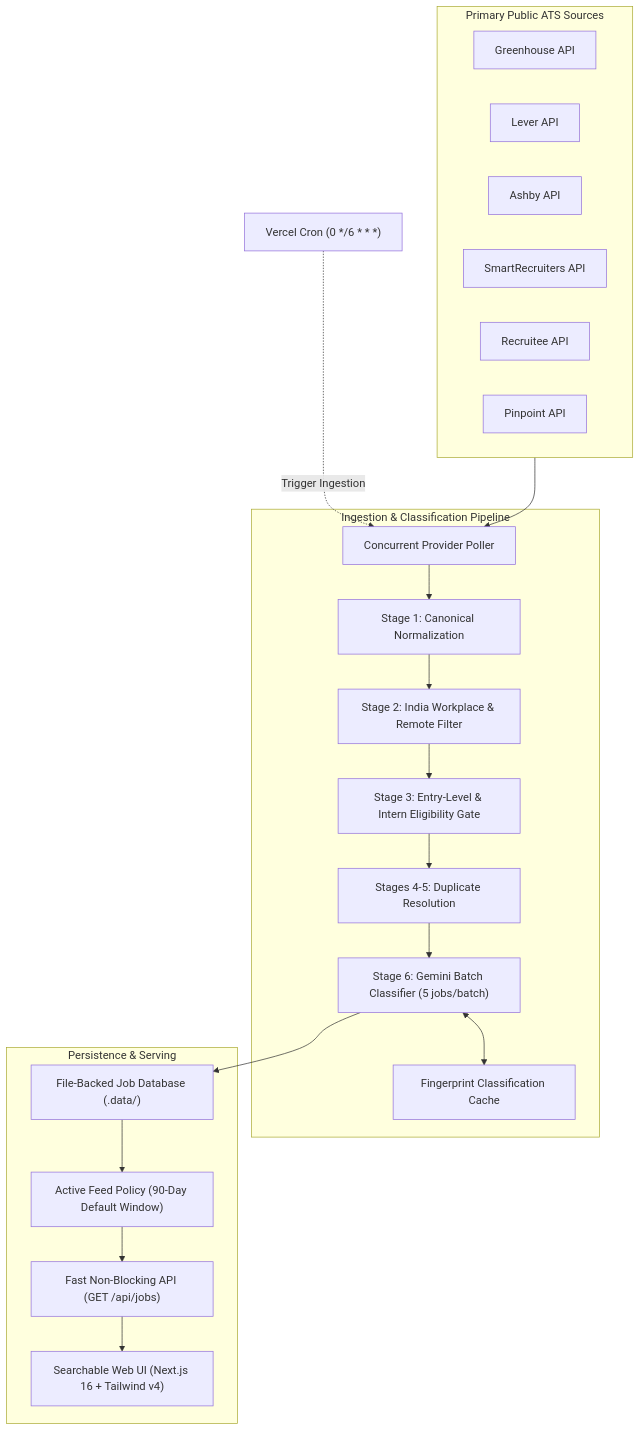
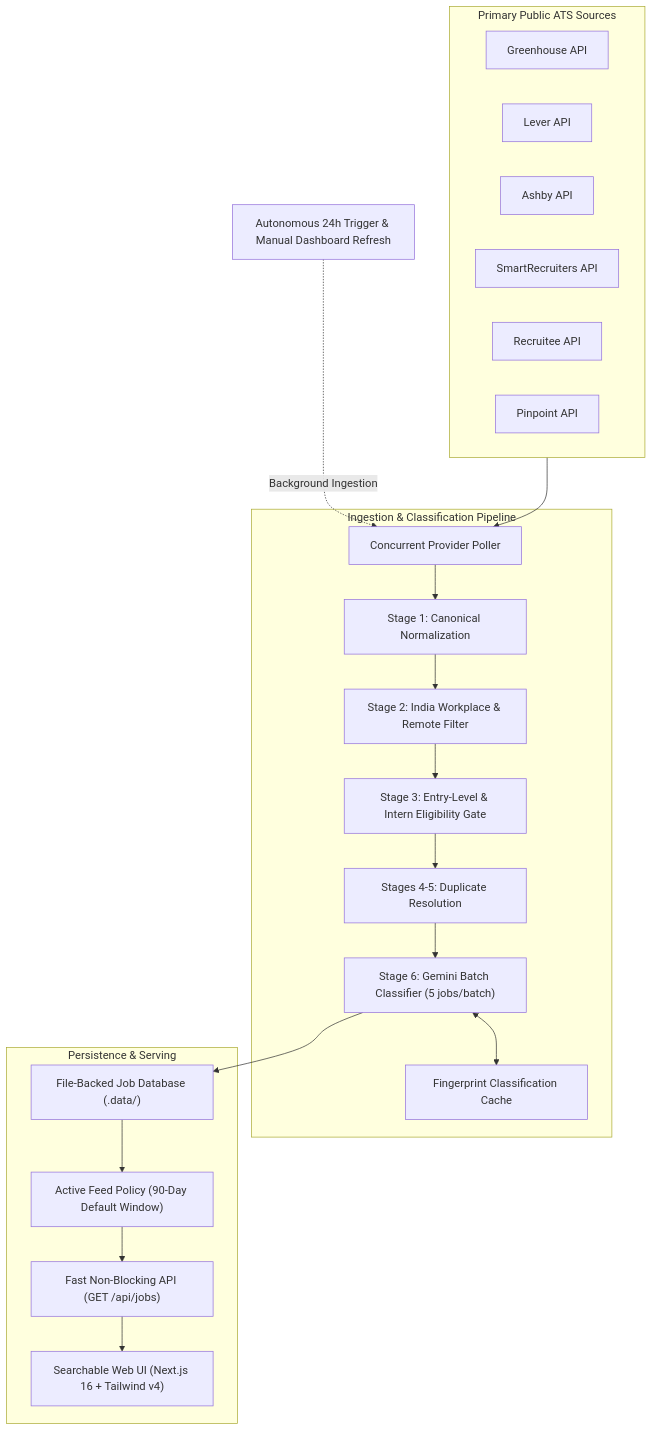
Before and after one commit to GouthamCharan06/GradHunt: the diagram in README.md, drawn with Mermaid. The commit also changed other lines of this file and 6 other files, not shown here.

Commit message:
feat: implement autonomous 24h self-refresh on jobs api and remove vercel cron

````diff
--- a/README.md
+++ b/README.md
@@ -9,42 +9,42 @@
 ```mermaid
 flowchart TD
     subgraph ATS["Primary Public ATS Sources"]
         G["Greenhouse API"]
         L["Lever API"]
         A["Ashby API"]
         S["SmartRecruiters API"]
         R["Recruitee API"]
         P["Pinpoint API"]
     end
 
     subgraph Pipeline["Ingestion & Classification Pipeline"]
         Fetch["Concurrent Provider Poller"]
         Norm["Stage 1: Canonical Normalization"]
         India["Stage 2: India Workplace & Remote Filter"]
         Gate["Stage 3: Entry-Level & Intern Eligibility Gate"]
         Dedup["Stages 4-5: Duplicate Resolution"]
         LLM["Stage 6: Gemini Batch Classifier (5 jobs/batch)"]
         Cache["Fingerprint Classification Cache"]
     end
 
     subgraph Storage["Persistence & Serving"]
         Store["File-Backed Job Database (.data/)"]
         Policy["Active Feed Policy (90-Day Default Window)"]
         API["Fast Non-Blocking API (GET /api/jobs)"]
         UI["Searchable Web UI (Next.js 16 + Tailwind v4)"]
     end
 
     ATS --> Fetch
     Fetch --> Norm
     Norm --> India
     India --> Gate
     Gate --> Dedup
     Dedup --> LLM
     LLM <--> Cache
     LLM --> Store
     Store --> Policy
     Policy --> API
     API --> UI
 
-    Cron["Vercel Cron (0 */6 * * *)"] -.->|Trigger Ingestion| Fetch
+    AutoSync["Autonomous 24h Trigger & Manual Dashboard Refresh"] -.->|Background Ingestion| Fetch
 ```
````
